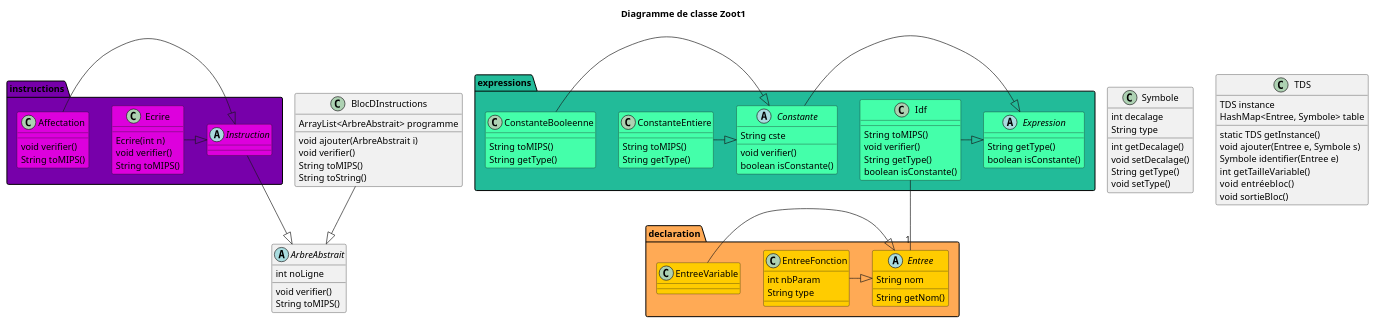
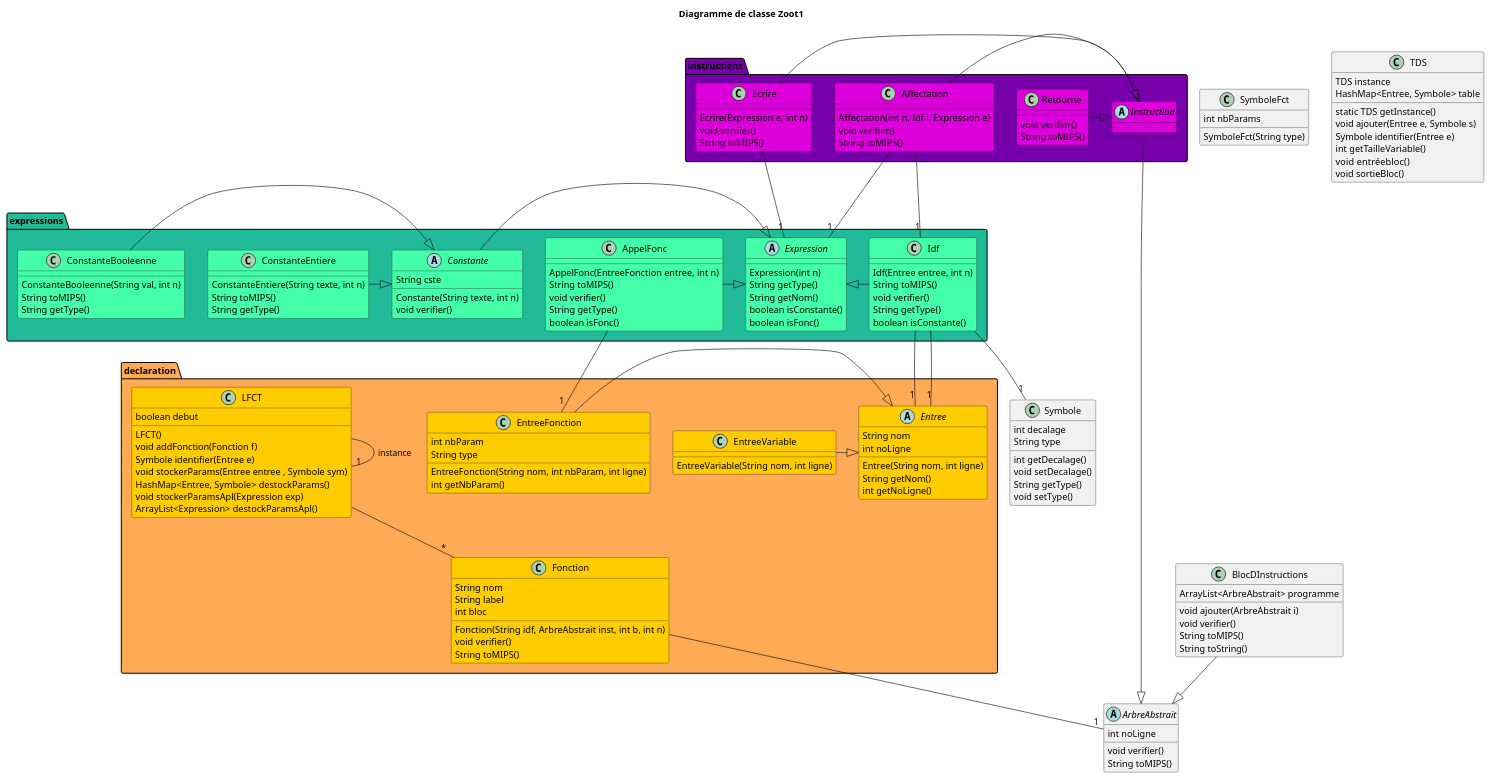
One commit to LudovicTagnon/Zoot changed the diagram in src/misc/uml/diagramme_classe.puml. Above: the diagram before and after it, drawn with PlantUML.

```diff
--- a/src/misc/uml/diagramme_classe.puml
+++ b/src/misc/uml/diagramme_classe.puml
@@ -1,117 +1,186 @@
 @startuml
 title Diagramme de classe Zoot1
 
 Abstract ArbreAbstrait {
     int noLigne
     void verifier()
     String toMIPS()
 }
 
 package instructions #7700AA {
 
+    Class Retourne #DD00DD {
+        void verifier()
+        String toMIPS()
+    }
+
     Class Ecrire #DD00DD {
-        Ecrire(int n)
+        Ecrire(Expression e, int n)
         void verifier()
         String toMIPS()
     }
 
     Class Affectation #DD00DD {
+        Affectation(int n, Idf i, Expression e)
         void verifier()
         String toMIPS()
     }
 
     Abstract Instruction #DD00DD {}
 
     Ecrire -|> Instruction
     Affectation -|> Instruction
+    Retourne -|> Instruction
 }
 
 package expressions #22BB99 {
     Abstract Expression #44FFAA {
+        Expression(int n)
         String getType()
+        String getNom()
         boolean isConstante()
+        boolean isFonc()
     }
 
     Abstract Constante #44FFAA {
         String cste
+        Constante(String texte, int n)
         void verifier()
-        boolean isConstante()
     }
 
     Class ConstanteEntiere #44FFAA {
+        ConstanteEntiere(String texte, int n)
         String toMIPS()
         String getType()
     }
 
     Class ConstanteBooleenne #44FFAA {
+        ConstanteBooleenne(String val, int n)
         String toMIPS()
         String getType()
     }
 
     Class Idf #44FFAA {
+        Idf(Entree entree, int n)
         String toMIPS()
         void verifier()
         String getType()
         boolean isConstante()
     }
 
+    Class AppelFonc #44FFAA {
+        AppelFonc(EntreeFonction entree, int n)
+        String toMIPS()
+        void verifier()
+        String getType()
+        boolean isFonc()
+    }
+
     Idf -|> Expression
     Constante -|> Expression
+    AppelFonc -|> Expression
     ConstanteEntiere -|> Constante
     ConstanteBooleenne -|> Constante
 }
 
 package declaration #FFAA55 {
     Abstract Entree #FFCC00 {
         String nom
+        int noLigne
+        Entree(String nom, int ligne)
         String getNom()
+        int getNoLigne()
     }
 
-    Class EntreeVariable #FFCC00 {}
+    Class EntreeVariable #FFCC00 {
+        EntreeVariable(String nom, int ligne)
+    }
 
     Class EntreeFonction #FFCC00 {
         int nbParam
         String type
+        EntreeFonction(String nom, int nbParam, int ligne)
+        int getNbParam()
     }
 
+    Class Fonction #FFCC00 {
+        String nom
+        String label
+        int bloc
+        Fonction(String idf, ArbreAbstrait inst, int b, int n)
+        void verifier()
+        String toMIPS()
+    }
+
+    Class LFCT #FFCC00 {
+        boolean debut
+        LFCT()
+        void addFonction(Fonction f)
+        Symbole identifier(Entree e)
+        void stockerParams(Entree entree , Symbole sym)
+        HashMap<Entree, Symbole> destockParams()
+        void stockerParamsApl(Expression exp)
+        ArrayList<Expression> destockParamsApl()
+    }
+
+    LFCT -- "*" Fonction
+    LFCT -- "1" LFCT : "instance"
     EntreeFonction -|> Entree
     EntreeVariable -|> Entree
 }
 
 Class Symbole {
     int decalage
     String type
 
     int getDecalage()
     void setDecalage()
     String getType()
     void setType()
+}
+
+Class SymboleFct {
+    int nbParams
+    SymboleFct(String type)
 }
 
 Class TDS {
     TDS instance
     HashMap<Entree, Symbole> table
 
     static TDS getInstance()
     void ajouter(Entree e, Symbole s)
     Symbole identifier(Entree e)
     int getTailleVariable()
     void  entréebloc()
     void sortieBloc()
 }
 
 Class BlocDInstructions {
     ArrayList<ArbreAbstrait> programme
     void ajouter(ArbreAbstrait i)
     void verifier()
     String toMIPS()
     String toString()
 }
 
 Idf -- "1" Entree
 
 Instruction --|> ArbreAbstrait
 BlocDInstructions --|> ArbreAbstrait
 
+Fonction -- "1" ArbreAbstrait
+
+Affectation -- "1" Expression
+Affectation -- "1" Idf
+Ecrire -- "1" Expression
+
+Idf -- "1" Entree
+Idf -- "1" Symbole
+
+AppelFonc -- "1" EntreeFonction
+
+
+
 
 @enduml
```
